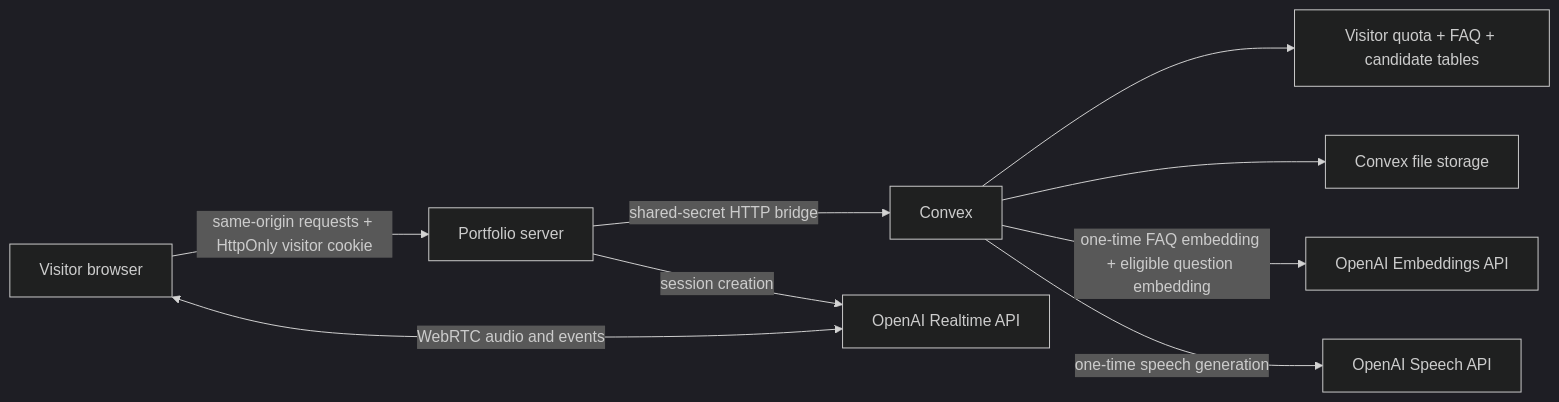
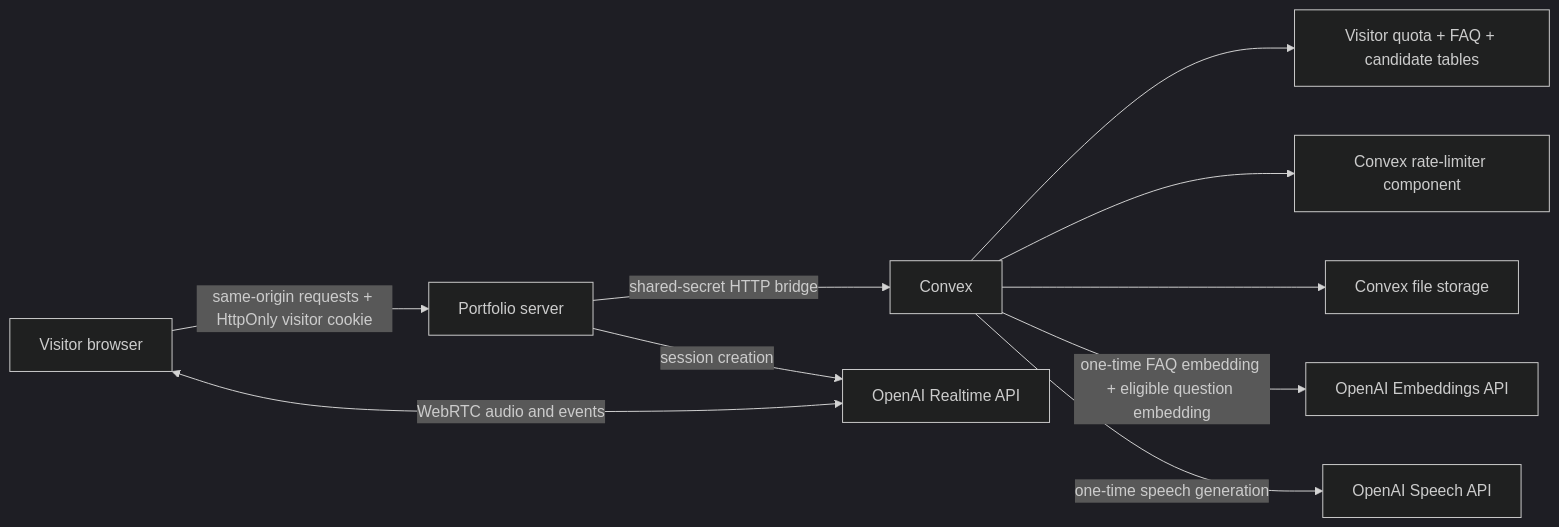
Before and after one commit to kyc-software/portfolio: the first of 4 diagrams in docs/voice-cache-architecture.md, drawn with Mermaid (dark theme). The commit also changed other lines of this file and 18 other files, not shown here.

````diff
--- a/docs/voice-cache-architecture.md
+++ b/docs/voice-cache-architecture.md
@@ -21,11 +21,12 @@
 ```mermaid
 flowchart LR
   B["Visitor browser"] -->|"same-origin requests + HttpOnly visitor cookie"| P["Portfolio server"]
   P -->|"shared-secret HTTP bridge"| C["Convex"]
   C --> D["Visitor quota + FAQ + candidate tables"]
+  C --> R["Convex rate-limiter component"]
   C --> F["Convex file storage"]
   C -->|"one-time FAQ embedding + eligible question embedding"| E["OpenAI Embeddings API"]
   C -->|"one-time speech generation"| T["OpenAI Speech API"]
   P -->|"session creation"| O["OpenAI Realtime API"]
   B <-->|"WebRTC audio and events"| O
 ```
````
